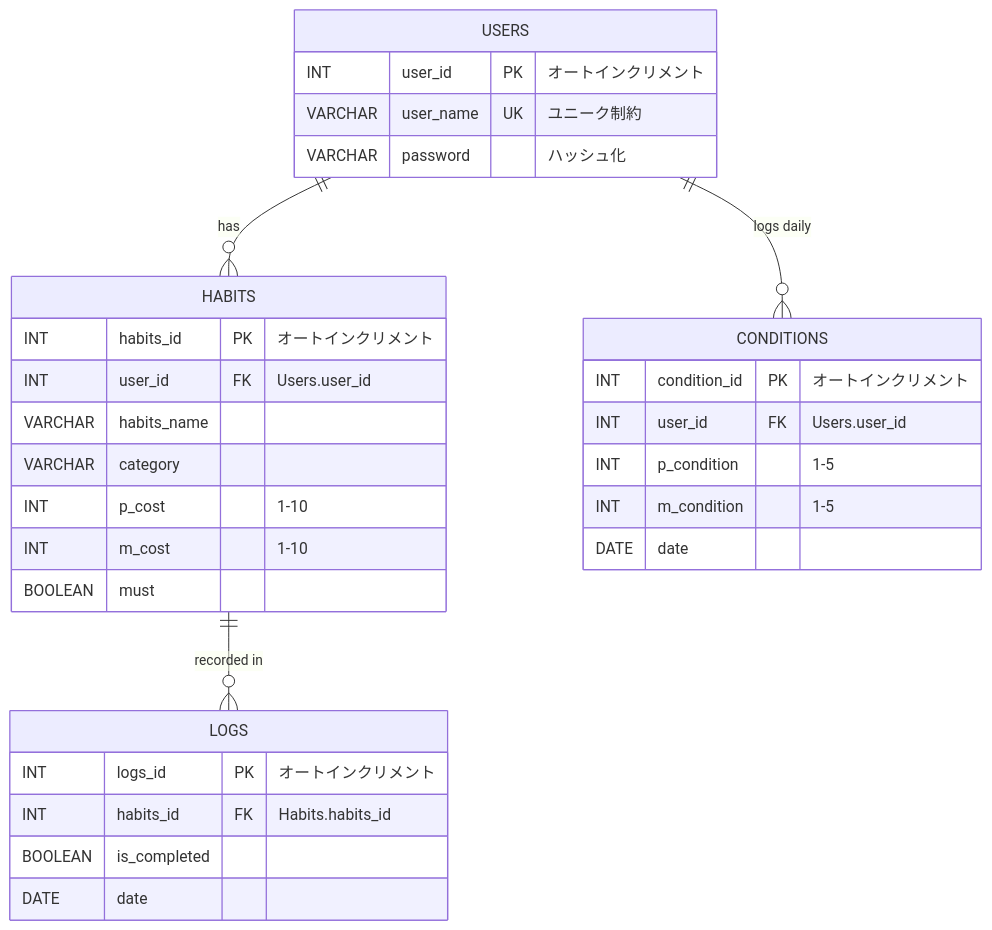
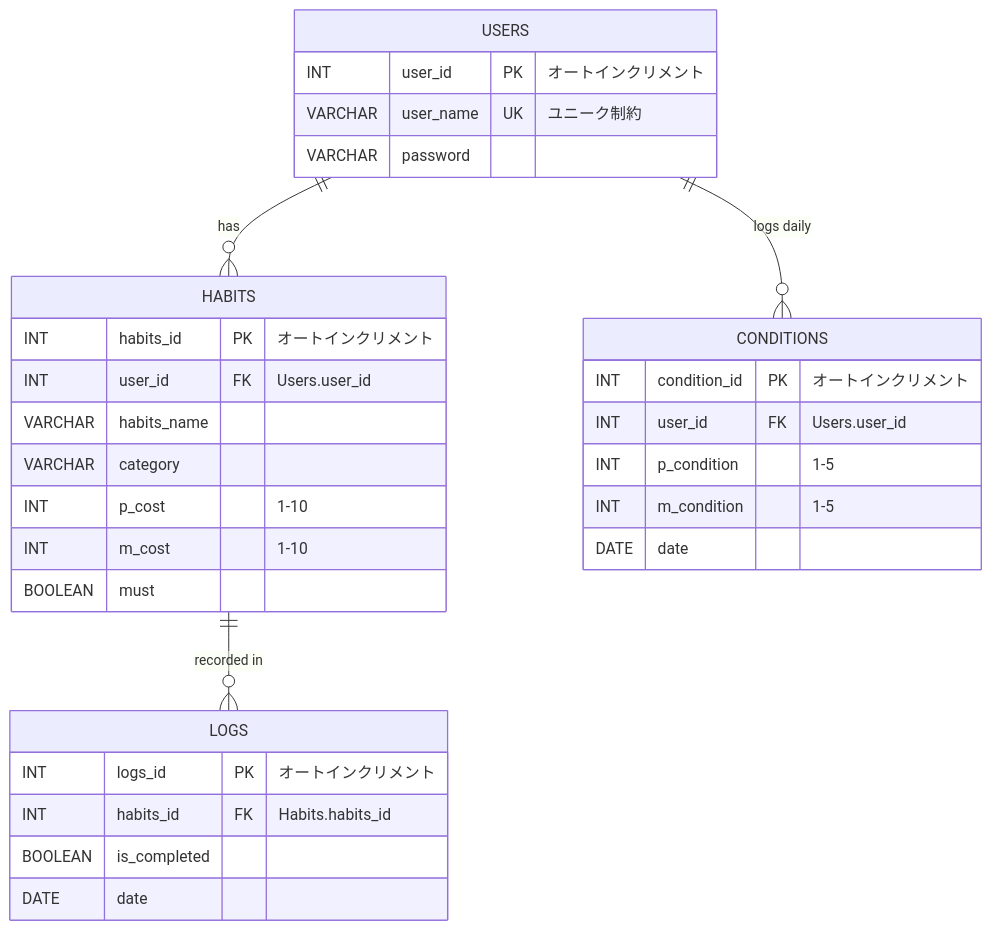
The diagram in docs/er.md (Moku3956/daily-routine), drawn with Mermaid before and after one commit. The commit also changed 2 other files, not shown here.

Commit message:
Update architecture.md, er.md and use-case.md

````diff
--- a/docs/er.md
+++ b/docs/er.md
@@ -1,39 +1,39 @@
 ```mermaid
 erDiagram
 
     USERS ||--o{ HABITS : "has"
     USERS ||--o{ CONDITIONS : "logs daily"
     HABITS ||--o{ LOGS : "recorded in"
            
 
     USERS {
         INT user_id PK "オートインクリメント"
         VARCHAR user_name UK "ユニーク制約"
-        VARCHAR password "ハッシュ化"
+        VARCHAR password ""
     }
 
     HABITS {
         INT habits_id PK "オートインクリメント"
         INT user_id FK "Users.user_id"
         VARCHAR habits_name
         VARCHAR category
         INT p_cost "1-10"
         INT m_cost "1-10"
         BOOLEAN must
     }
 
     CONDITIONS {
         INT condition_id PK "オートインクリメント"
         INT user_id FK "Users.user_id"
         INT p_condition "1-5"
         INT m_condition "1-5"
         DATE date
     }
 
     LOGS {
         INT logs_id PK "オートインクリメント"
         INT habits_id FK "Habits.habits_id"
         BOOLEAN is_completed
         DATE date
     }
 ```
````
